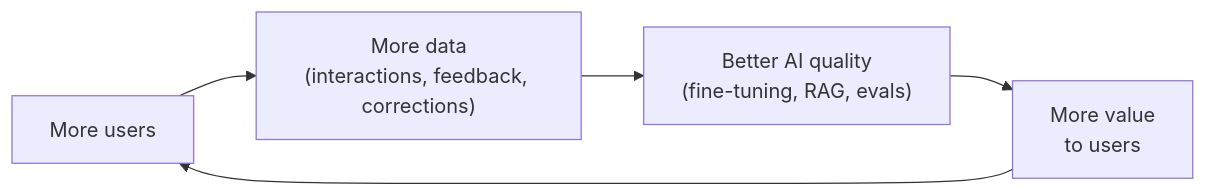
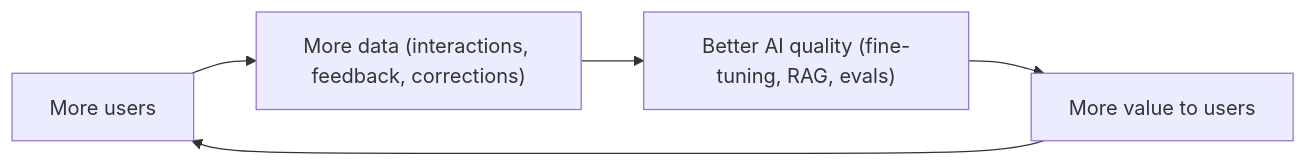
One commit to mjac-yue/ai-architecture-for-pms changed the first of 2 diagrams in module-15-data-strategy.md. Above: the diagram before and after it, drawn with Mermaid. The commit also changed other lines of this file and 15 other files, not shown here.

First line of the commit message:
Remove HTML tags from Mermaid node labels for Obsidian compatibility

````diff
--- a/module-15-data-strategy.md
+++ b/module-15-data-strategy.md
@@ -17,7 +17,7 @@
 ```mermaid
 flowchart LR
-    U["More users"] --> D["More data<br>(interactions, feedback, corrections)"]
-    D --> Q["Better AI quality<br>(fine-tuning, RAG, evals)"]
-    Q --> V["More value<br>to users"]
+    U["More users"] --> D["More data (interactions, feedback, corrections)"]
+    D --> Q["Better AI quality (fine-tuning, RAG, evals)"]
+    Q --> V["More value to users"]
     V --> U
 ```
````
